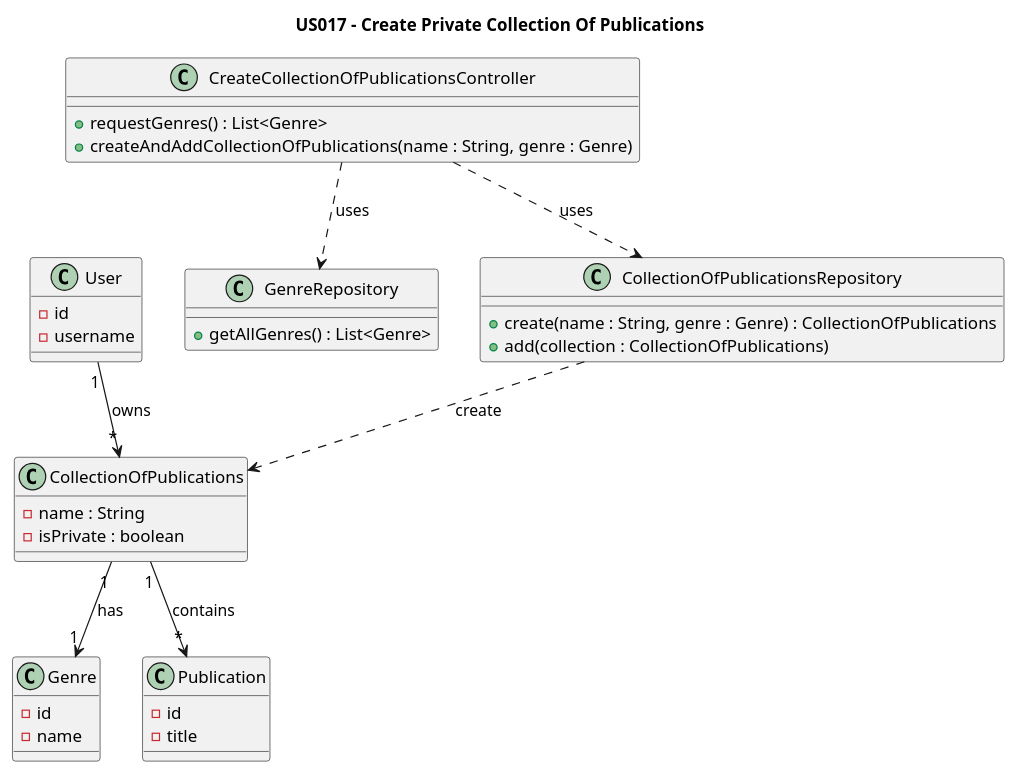
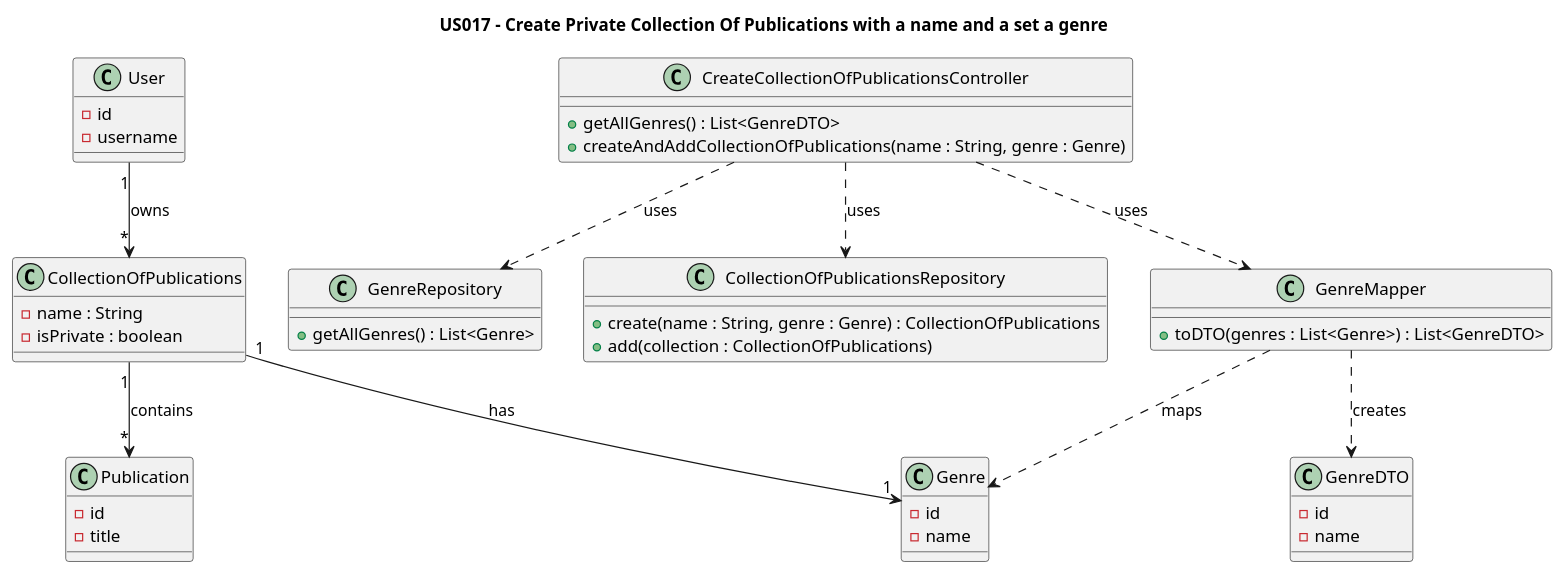
The diagram in Diagrams/ClassDiagrams/US017-to-create-private-publication-list.puml (AndrePereiraGitH/SWitCH-Project-Team_A), drawn with PlantUML before and after one commit. The commit also changed 2 other files, not shown here.

Commit message:
#88 #89 and #92 #94: Update SSD (N1), sequence (N2) and class diagrams

```diff
--- a/Diagrams/ClassDiagrams/US017-to-create-private-publication-list.puml
+++ b/Diagrams/ClassDiagrams/US017-to-create-private-publication-list.puml
@@ -1,63 +1,75 @@
 @startuml
-title US017 - Create Private Collection Of Publications
+title US017 - Create Private Collection Of Publications with a name and a set a genre
+
 
 ' ======================
 ' DOMAIN
 ' ======================
 
 class User {
   -id
   -username
 }
 
+class Genre {
+  -id
+  -name
+}
+
 class CollectionOfPublications {
   -name : String
   -isPrivate : boolean
-}
-
-class Genre {
-  -id
-  -name
 }
 
 class Publication {
   -id
   -title
 }
 
 User "1" --> "*" CollectionOfPublications : owns
 CollectionOfPublications "1" --> "1" Genre : has
 CollectionOfPublications "1" --> "*" Publication : contains
 
 ' ======================
 ' APPLICATION
 ' ======================
 
 class CreateCollectionOfPublicationsController {
-  +requestGenres() : List<Genre>
+  +getAllGenres() : List<GenreDTO>
   +createAndAddCollectionOfPublications(name : String, genre : Genre)
+}
+
+class GenreMapper {
+  +toDTO(genres : List<Genre>) : List<GenreDTO>
+}
+
+class GenreDTO {
+ - id
+ - name
 }
 
 ' ======================
 ' PERSISTENCE
 ' ======================
 
 class GenreRepository {
   +getAllGenres() : List<Genre>
 }
 
 class CollectionOfPublicationsRepository {
   +create(name : String, genre : Genre) : CollectionOfPublications
   +add(collection : CollectionOfPublications)
 }
 
 ' ======================
-' DEPENDENCIES (FROM SEQUENCE)
+' DEPENDENCIES
 ' ======================
 
 CreateCollectionOfPublicationsController ..> GenreRepository : uses
+CreateCollectionOfPublicationsController ..> GenreMapper : uses
 CreateCollectionOfPublicationsController ..> CollectionOfPublicationsRepository : uses
 
-CollectionOfPublicationsRepository ..> CollectionOfPublications : create
+GenreMapper ..> Genre : maps
+GenreMapper ..> GenreDTO : creates
 
 @enduml
```
